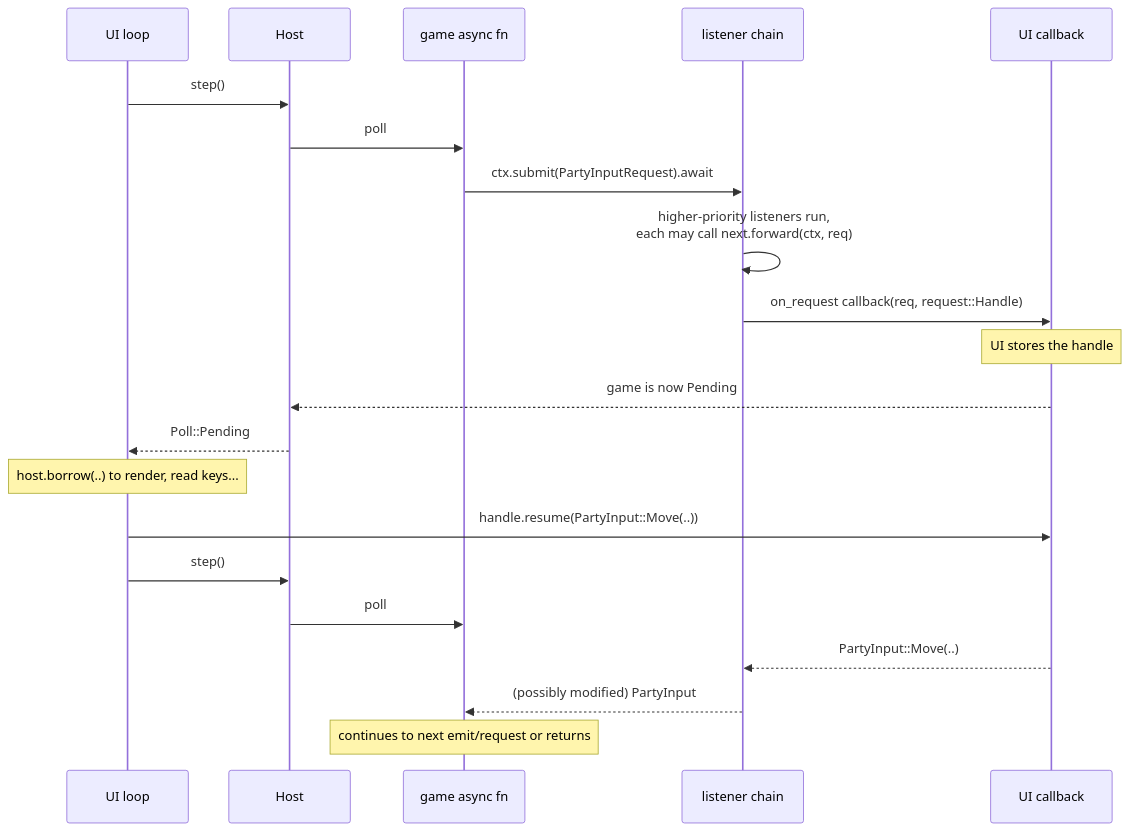
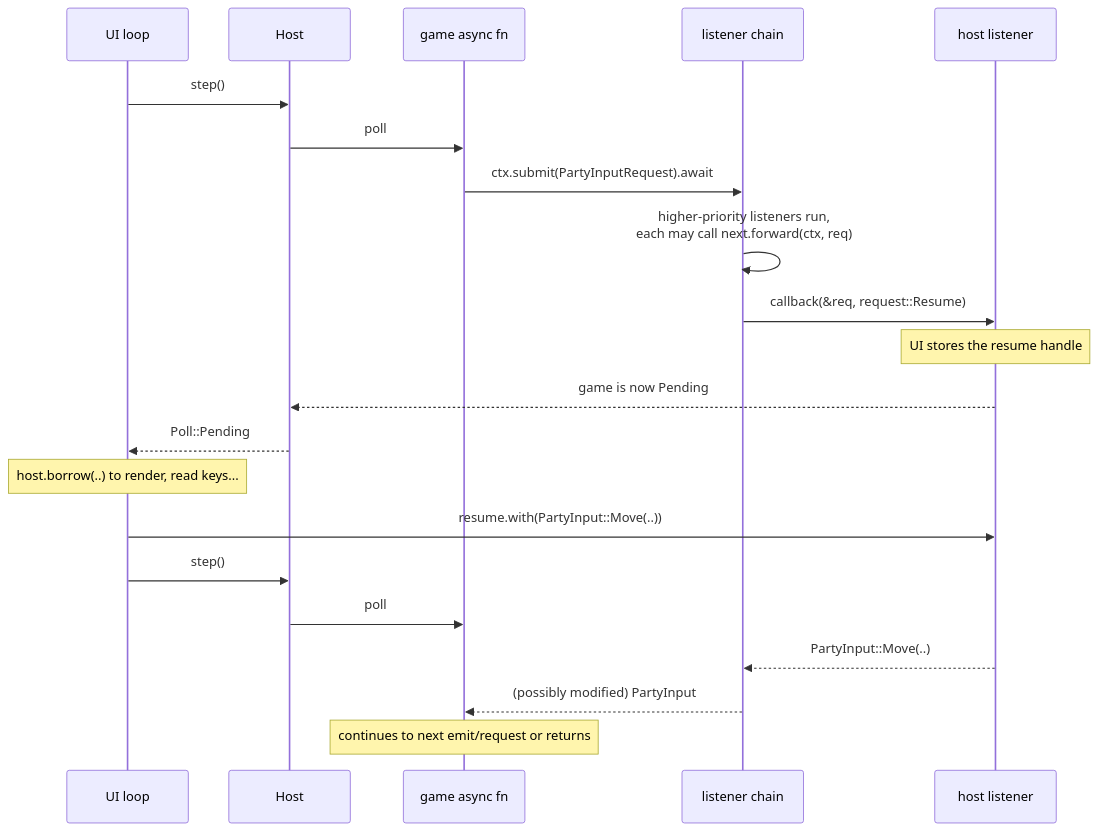
One commit to andrewtc/posturn changed the diagram in book/src/next_turn/plan.md. Above: the diagram before and after it, drawn with Mermaid. The commit also changed other lines of this file and 10 other files, not shown here.

````diff
--- a/book/src/next_turn/plan.md
+++ b/book/src/next_turn/plan.md
@@ -42,24 +44,24 @@
 ```mermaid
 sequenceDiagram
     participant UI as UI loop
     participant H as Host
     participant G as game async fn
     participant L as listener chain
-    participant C as UI callback
+    participant C as host listener
 
     UI->>H: step()
     H->>G: poll
     G->>L: ctx.submit(PartyInputRequest).await
     L->>L: higher-priority listeners run,<br/>each may call next.forward(ctx, req)
-    L->>C: on_request callback(req, request::Handle)
-    Note over C: UI stores the handle
+    L->>C: callback(&req, request::Resume)
+    Note over C: UI stores the resume handle
     C-->>H: game is now Pending
     H-->>UI: Poll::Pending
     Note over UI: host.borrow(..) to render, read keys...
-    UI->>C: handle.resume(PartyInput::Move(..))
+    UI->>C: resume.with(PartyInput::Move(..))
     UI->>H: step()
     H->>G: poll
     C-->>L: PartyInput::Move(..)
     L-->>G: (possibly modified) PartyInput
     Note over G: continues to next emit/request or returns
 ```
````
